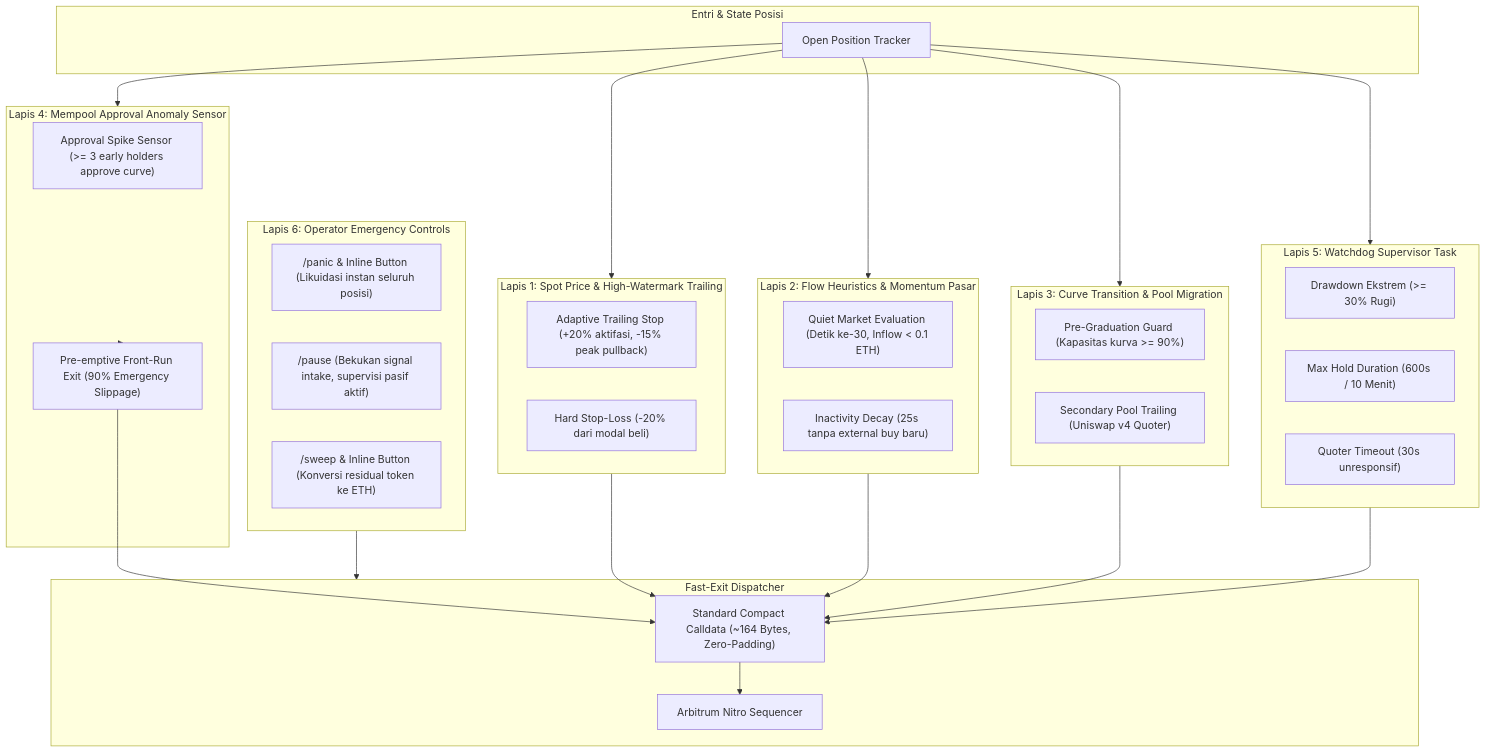
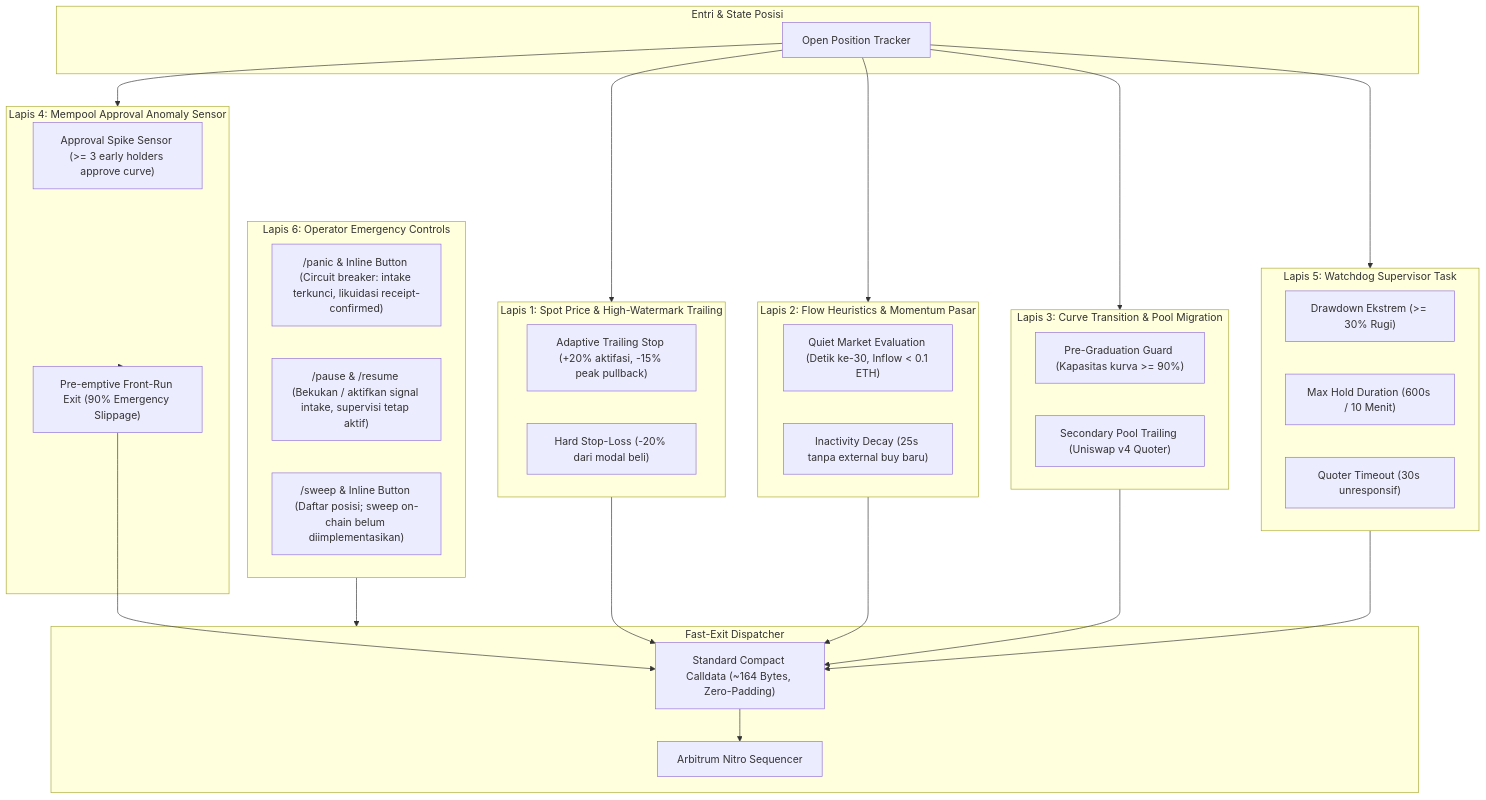
The first of 3 diagrams in README.md (yoghaf/autotradesniper), drawn with Mermaid before and after one commit. The commit also changed other lines of this file and 19 other files, not shown here.

Commit message:
feat(telegram): non-blocking control plane, reactive settings and latched circuit breaker

````diff
--- a/README.md
+++ b/README.md
@@ -13,57 +13,57 @@
 ```mermaid
 flowchart TD
     subgraph SignalAndPosition [Entri & State Posisi]
         POS[Open Position Tracker]
     end
 
     subgraph Layer1 [Lapis 1: Spot Price & High-Watermark Trailing]
         L1A["Adaptive Trailing Stop (+20% aktifasi, -15% peak pullback)"]
         L1B["Hard Stop-Loss (-20% dari modal beli)"]
     end
 
     subgraph Layer2 [Lapis 2: Flow Heuristics & Momentum Pasar]
         L2A["Quiet Market Evaluation (Detik ke-30, Inflow < 0.1 ETH)"]
         L2B["Inactivity Decay (25s tanpa external buy baru)"]
     end
 
     subgraph Layer3 [Lapis 3: Curve Transition & Pool Migration]
         L3A["Pre-Graduation Guard (Kapasitas kurva >= 90%)"]
         L3B["Secondary Pool Trailing (Uniswap v4 Quoter)"]
     end
 
     subgraph Layer4 [Lapis 4: Mempool Approval Anomaly Sensor]
         L4["Approval Spike Sensor (>= 3 early holders approve curve)"]
         L4_EXEC["Pre-emptive Front-Run Exit (90% Emergency Slippage)"]
     end
 
     subgraph Layer5 [Lapis 5: Watchdog Supervisor Task]
         L5A["Drawdown Ekstrem (>= 30% Rugi)"]
         L5B["Max Hold Duration (600s / 10 Menit)"]
         L5C["Quoter Timeout (30s unresponsif)"]
     end
 
     subgraph Layer6 [Lapis 6: Operator Emergency Controls]
-        L6A["/panic & Inline Button (Likuidasi instan seluruh posisi)"]
-        L6B["/pause (Bekukan signal intake, supervisi pasif aktif)"]
-        L6C["/sweep & Inline Button (Konversi residual token ke ETH)"]
+        L6A["/panic & Inline Button (Circuit breaker: intake terkunci, likuidasi receipt-confirmed)"]
+        L6B["/pause & /resume (Bekukan / aktifkan signal intake, supervisi tetap aktif)"]
+        L6C["/sweep & Inline Button (Daftar posisi; sweep on-chain belum diimplementasikan)"]
     end
 
     subgraph ExecutionEngine [Fast-Exit Dispatcher]
         EXIT_TX["Standard Compact Calldata (~164 Bytes, Zero-Padding)"]
         MEMPOOL["Arbitrum Nitro Sequencer"]
     end
 
     POS --> Layer1
     POS --> Layer2
     POS --> Layer3
     POS --> Layer4
     POS --> Layer5
     Layer6 --> ExecutionEngine
 
     Layer1 --> EXIT_TX
     Layer2 --> EXIT_TX
     Layer3 --> EXIT_TX
     Layer4 --> L4_EXEC --> EXIT_TX
     Layer5 --> EXIT_TX
     EXIT_TX --> MEMPOOL
 ```
````
